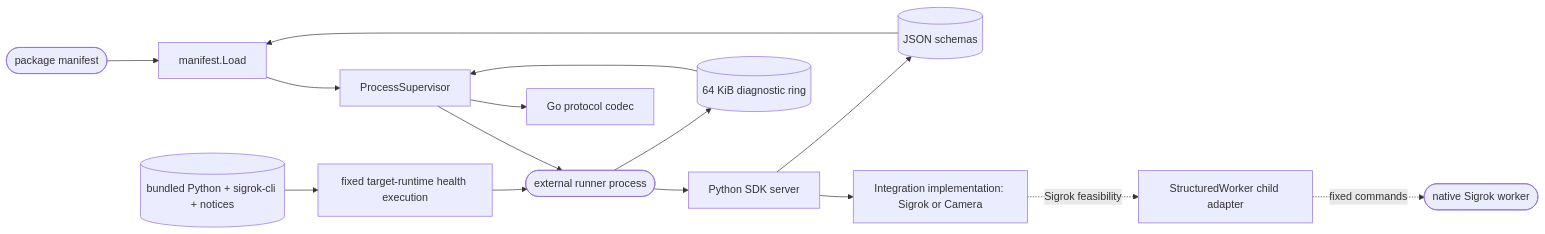
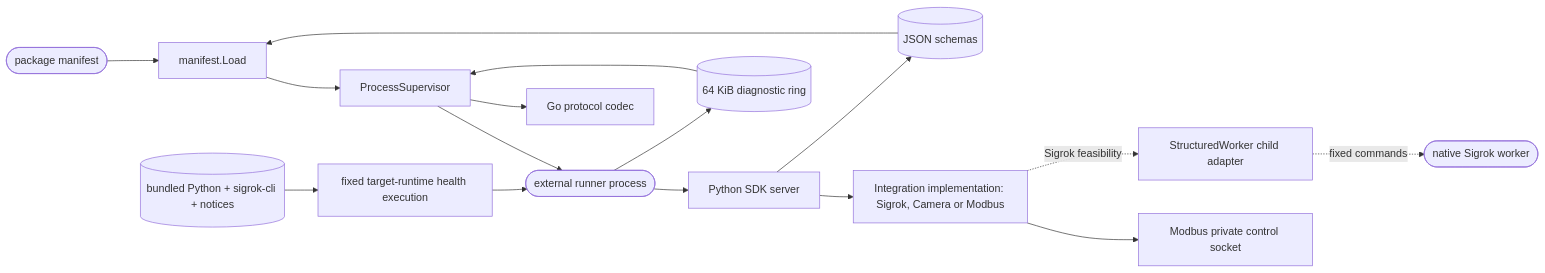
One commit to DDP-Engineering/2026_Networked_Intelligent_Lab_Orchestrator changed the diagram in .agentic/knowledge/integration-platform.md. Above: the diagram before and after it, drawn with Mermaid. The commit also changed other lines of this file and 38 other files, not shown here.

````diff
--- a/.agentic/knowledge/integration-platform.md
+++ b/.agentic/knowledge/integration-platform.md
@@ -57,28 +57,29 @@
 ```mermaid
 flowchart LR
     manifest(["package manifest"])
     loader["manifest.Load"]
     supervisor["ProcessSupervisor"]
     codec["Go protocol codec"]
     process(["external runner process"])
     sdk["Python SDK server"]
-    plugin["Integration implementation: Sigrok or Camera"]
+    plugin["Integration implementation: Sigrok, Camera or Modbus"]
     schemas[("JSON schemas")]
     stderr[("64 KiB diagnostic ring")]
     manifest --> loader
     schemas --> loader
     loader --> supervisor
     supervisor --> process
     supervisor --> codec
     process --> sdk
     sdk --> plugin
+    plugin --> modbus_socket["Modbus private control socket"]
     bundle_runtime[("bundled Python + sigrok-cli + notices")]
     bundle_health["fixed target-runtime health execution"]
     bundle_runtime --> bundle_health
     bundle_health --> process
     plugin -. Sigrok feasibility .-> worker["StructuredWorker child adapter"]
     worker -. fixed commands .-> native(["native Sigrok worker"])
     sdk --> schemas
     process --> stderr
     stderr --> supervisor
 ```
````
